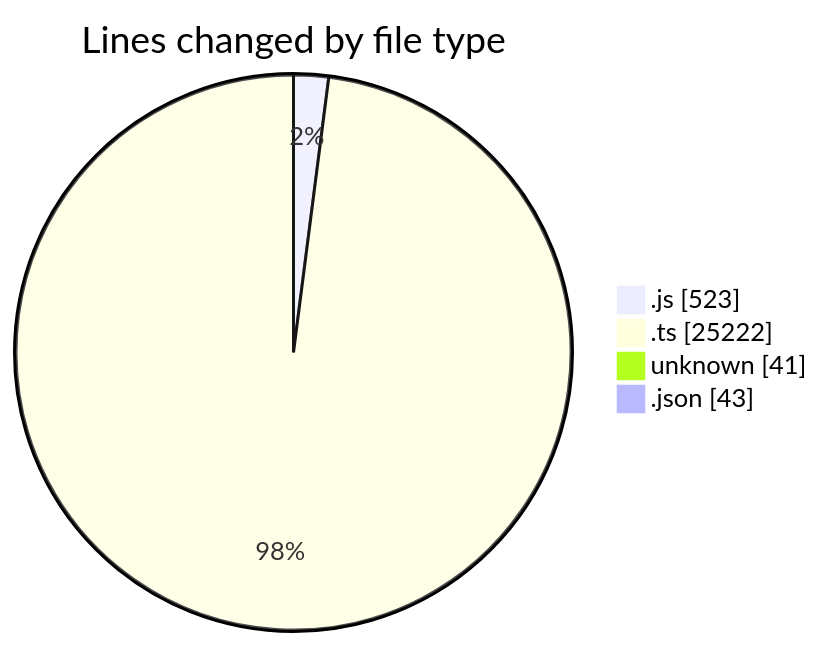
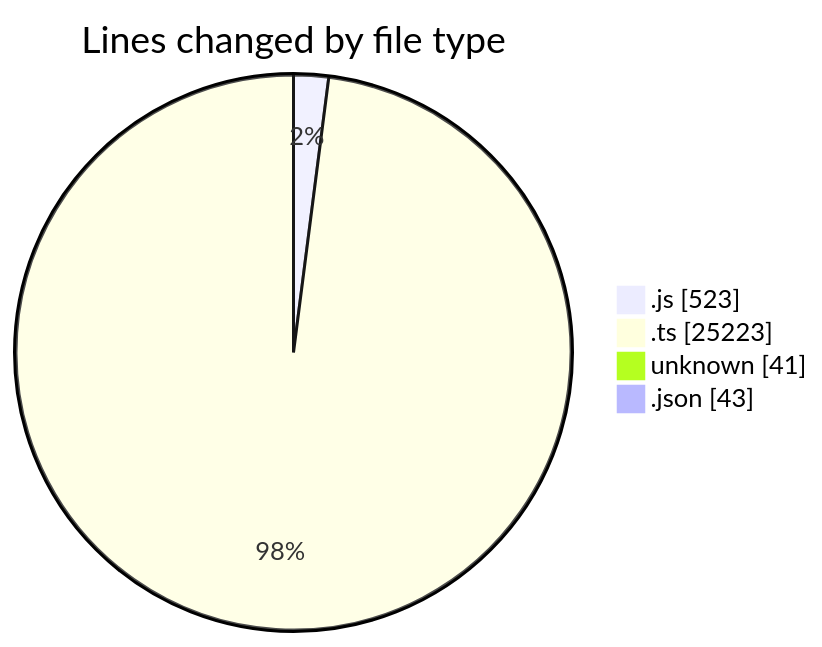
One commit to momahboobian/code-tracking changed the first of 2 diagrams in 2025-08-15/cda/README.md. Above: the diagram before and after it, drawn with Mermaid. The commit also changed other lines of this file and 1 other file, not shown here.

````diff
--- a/2025-08-15/cda/README.md
+++ b/2025-08-15/cda/README.md
@@ -31,8 +31,8 @@
 ```mermaid
 pie showData
 title Lines changed by file type
 ".js" : 523
-".ts" : 25222
+".ts" : 25223
 "unknown" : 41
 ".json" : 43
 ```
````
